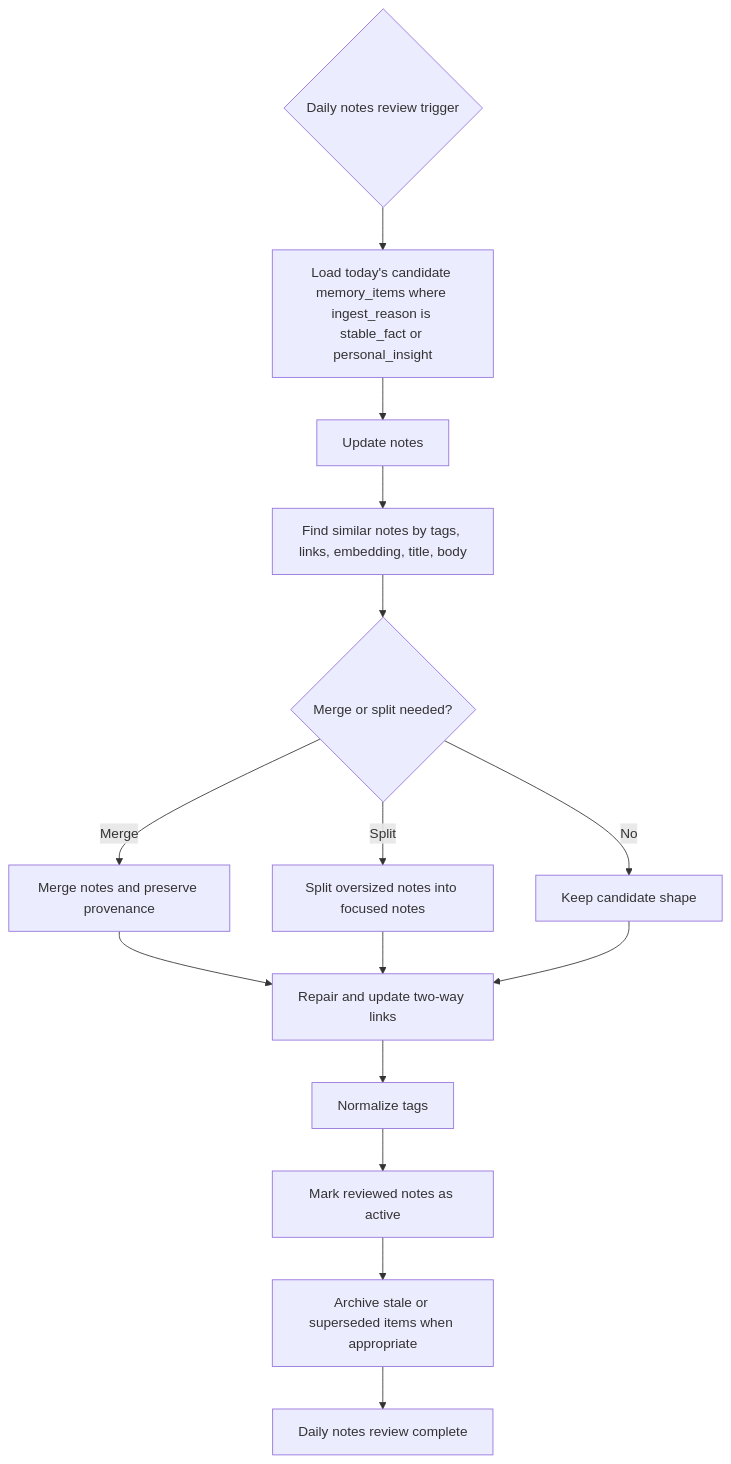
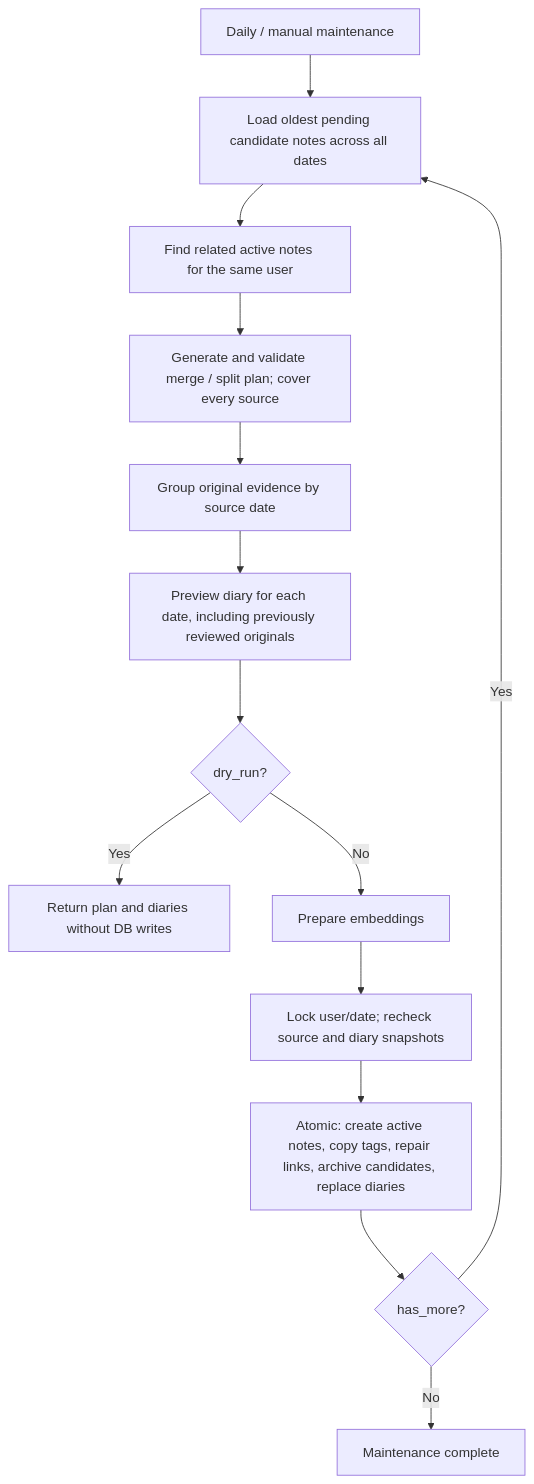
Before and after one commit to Oceankj/second_brain: the fourth of 7 diagrams in docs/lifecycle.md, drawn with Mermaid. The commit also changed other lines of this file and 47 other files, not shown here.

````diff
--- a/docs/lifecycle.md
+++ b/docs/lifecycle.md
@@ -80,21 +80,16 @@
 ```mermaid
 flowchart TD
-  trigger{"Daily notes review trigger"}
-  trigger --> collect["Load today's candidate memory_items where ingest_reason is stable_fact or personal_insight"]
-
-  collect --> updateNotes["Update notes"]
-  updateNotes --> findSimilar["Find similar notes by tags, links, embedding, title, body"]
-  findSimilar --> mergeOrSplit{"Merge or split needed?"}
-  mergeOrSplit -- "Merge" --> merge["Merge notes and preserve provenance"]
-  mergeOrSplit -- "Split" --> split["Split oversized notes into focused notes"]
-  mergeOrSplit -- "No" --> keep["Keep candidate shape"]
-
-  merge --> repairLinks["Repair and update two-way links"]
-  split --> repairLinks
-  keep --> repairLinks
-
-  repairLinks --> normalize["Normalize tags"]
-  normalize --> activate["Mark reviewed notes as active"]
-  activate --> archive["Archive stale or superseded items when appropriate"]
-  archive --> done["Daily notes review complete"]
+  trigger["Daily / manual maintenance"] --> collect["Load oldest pending candidate notes across all dates"]
+  collect --> related["Find related active notes for the same user"]
+  related --> plan["Generate and validate merge / split plan; cover every source"]
+  plan --> dates["Group original evidence by source date"]
+  dates --> diary["Preview diary for each date, including previously reviewed originals"]
+  diary --> preview{"dry_run?"}
+  preview -- Yes --> return["Return plan and diaries without DB writes"]
+  preview -- No --> embed["Prepare embeddings"]
+  embed --> lock["Lock user/date; recheck source and diary snapshots"]
+  lock --> save["Atomic: create active notes, copy tags, repair links, archive candidates, replace diaries"]
+  save --> more{"has_more?"}
+  more -- Yes --> collect
+  more -- No --> done["Maintenance complete"]
 ```
````
